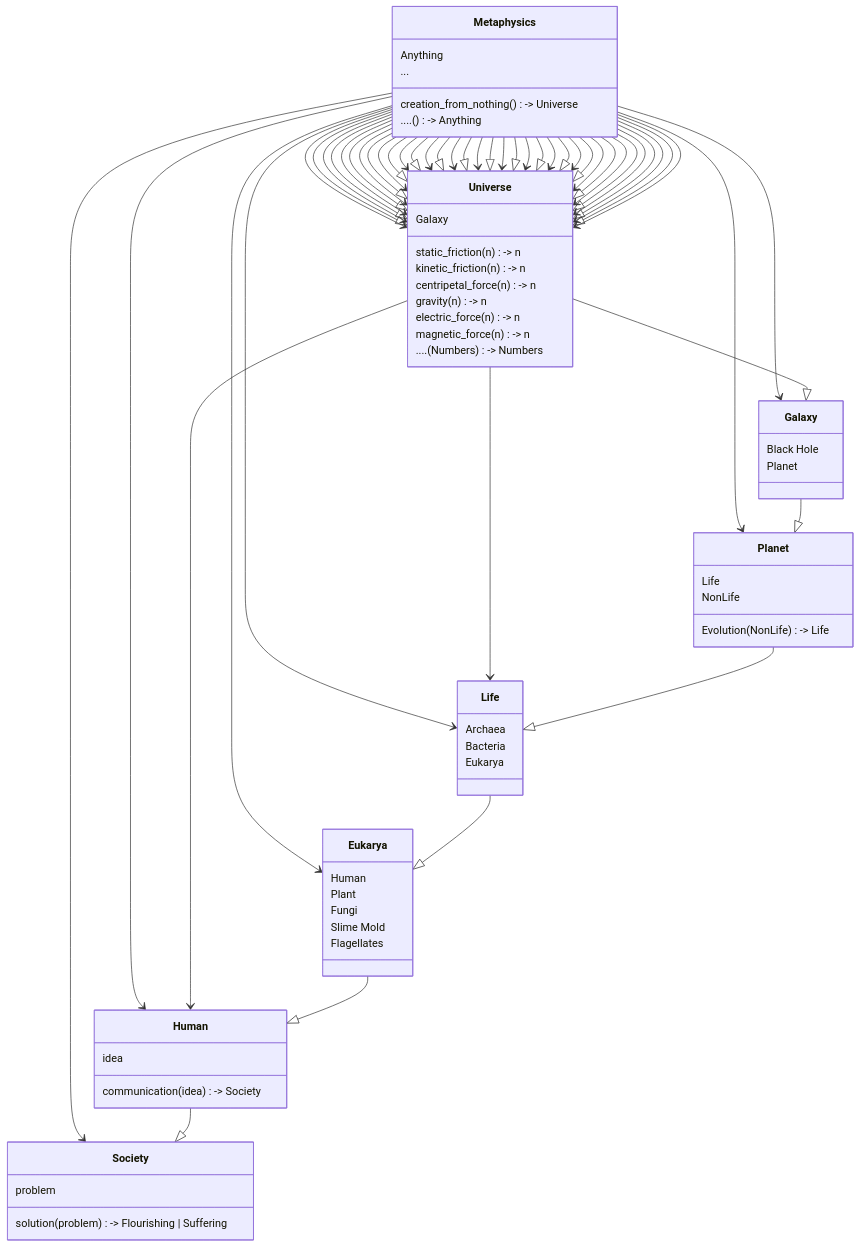
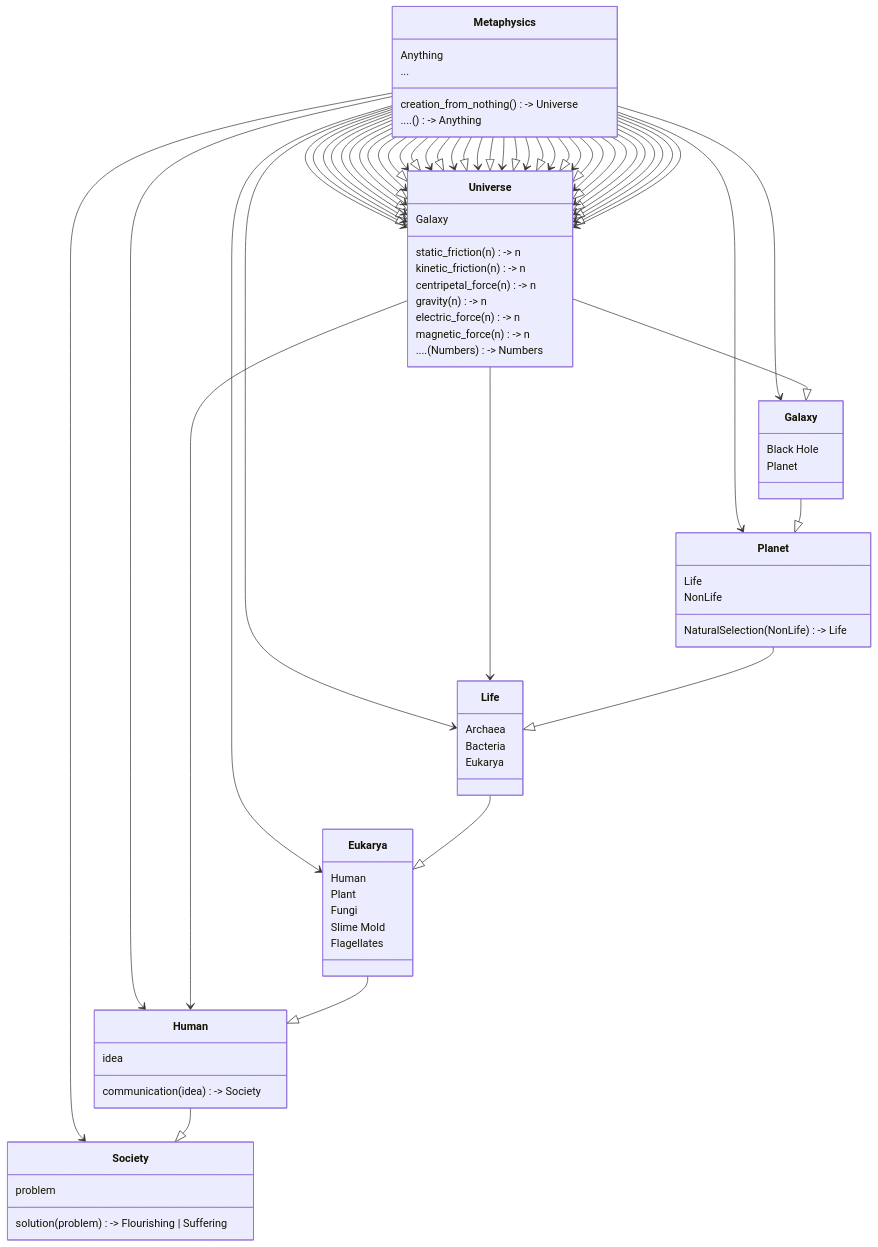
One commit to danielclough/wtf changed the first of 3 diagrams in METHOD.md. Above: the diagram before and after it, drawn with Mermaid. The commit also changed other lines of this file, not shown here.

```diff
--- a/METHOD.md
+++ b/METHOD.md
@@ -165,7 +180,7 @@
     class Planet{
         Life
         NonLife
-        Evolution(NonLife) -> Life
+        NaturalSelection(NonLife) -> Life
     }
     Planet --|> Life
 
```
